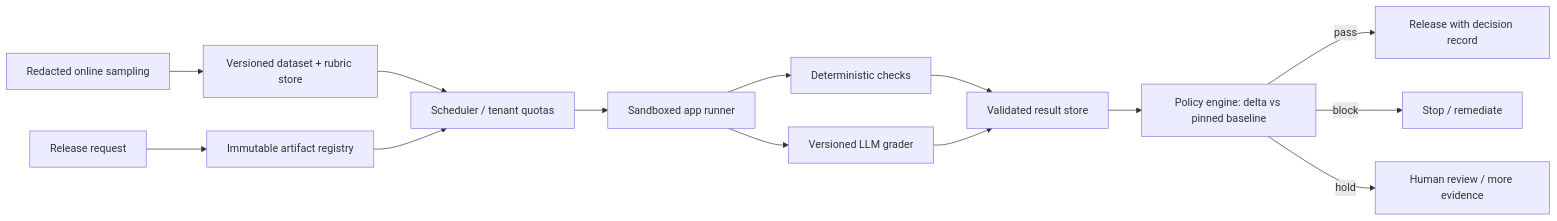
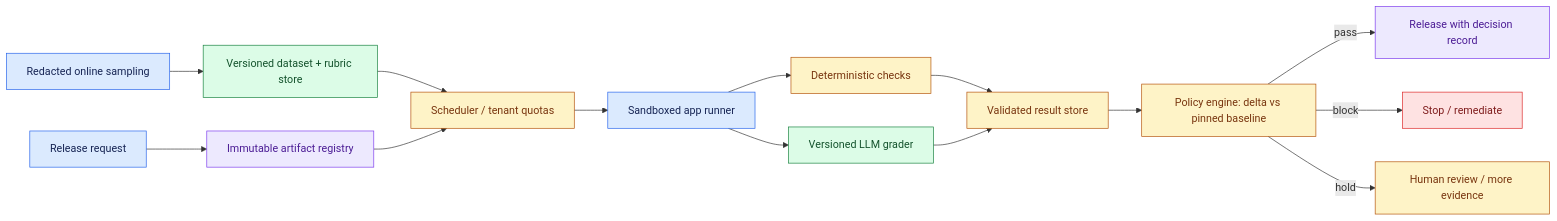
The diagram in site/content/modules/15-fde-case-studies/delivery-evaluation-operations/evaluation-and-release-gating/main.md (Sourav692/Forward-Deployed-Engineer-Interview-Prep), drawn with Mermaid before and after one commit. The commit also changed other lines of this file and 1268 other files, not shown here.

First line of the commit message:
content: polish Casebook writing and Mermaid diagrams (#251)

````diff
--- a/site/content/modules/15-fde-case-studies/delivery-evaluation-operations/evaluation-and-release-gating/main.md
+++ b/site/content/modules/15-fde-case-studies/delivery-evaluation-operations/evaluation-and-release-gating/main.md
@@ -75,16 +75,28 @@
 ```mermaid
 flowchart LR
   A[Release request] --> R[Immutable artifact registry]
   D[Versioned dataset + rubric store] --> S[Scheduler / tenant quotas]
   R --> S
   S --> X[Sandboxed app runner]
   X --> T[Deterministic checks]
   X --> J[Versioned LLM grader]
   T --> W[Validated result store]
   J --> W
   W --> P[Policy engine: delta vs pinned baseline]
   P -->|pass| O[Release with decision record]
   P -->|block| B[Stop / remediate]
   P -->|hold| H[Human review / more evidence]
   N[Redacted online sampling] --> D
+
+    %% Casebook colours: entry, reasoning, results, controls, and stopped paths.
+    classDef cbInput fill:#dbeafe,stroke:#2563eb,color:#172554
+    class A,X,N cbInput
+    classDef cbReason fill:#ede9fe,stroke:#7c3aed,color:#4c1d95
+    class R,O cbReason
+    classDef cbAction fill:#dcfce7,stroke:#15803d,color:#14532d
+    class D,J cbAction
+    classDef cbPolicy fill:#fef3c7,stroke:#b45309,color:#78350f
+    class S,T,W,P,H cbPolicy
+    classDef cbStop fill:#fee2e2,stroke:#dc2626,color:#7f1d1d
+    class B cbStop
 ```
````
